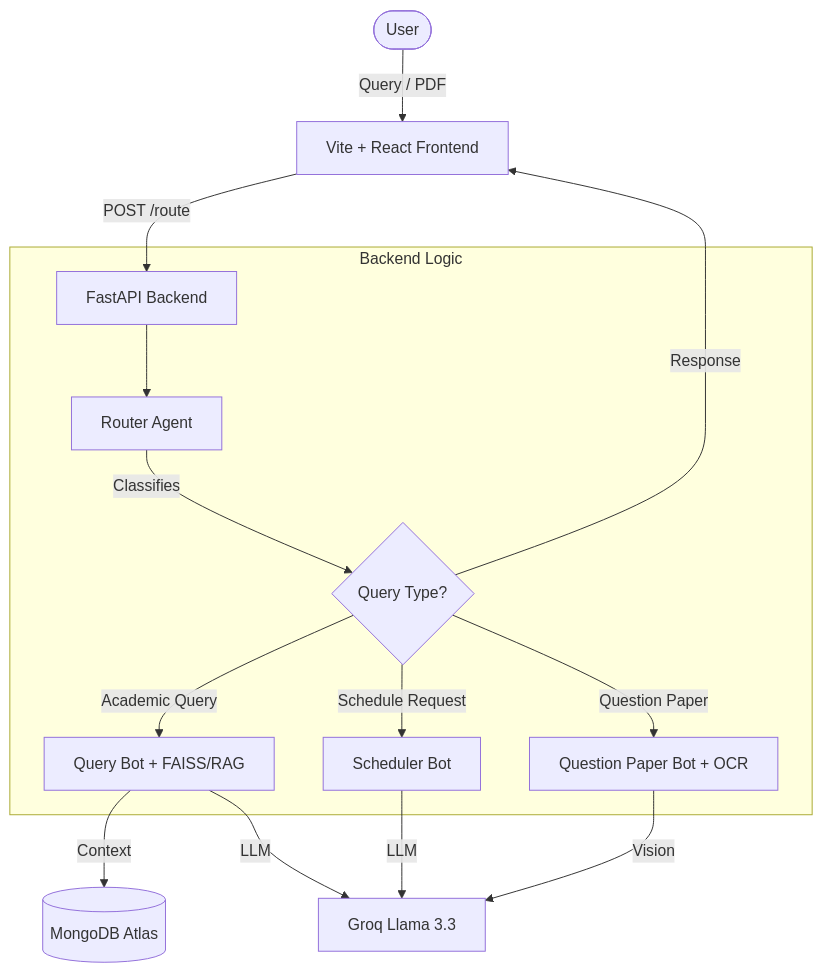
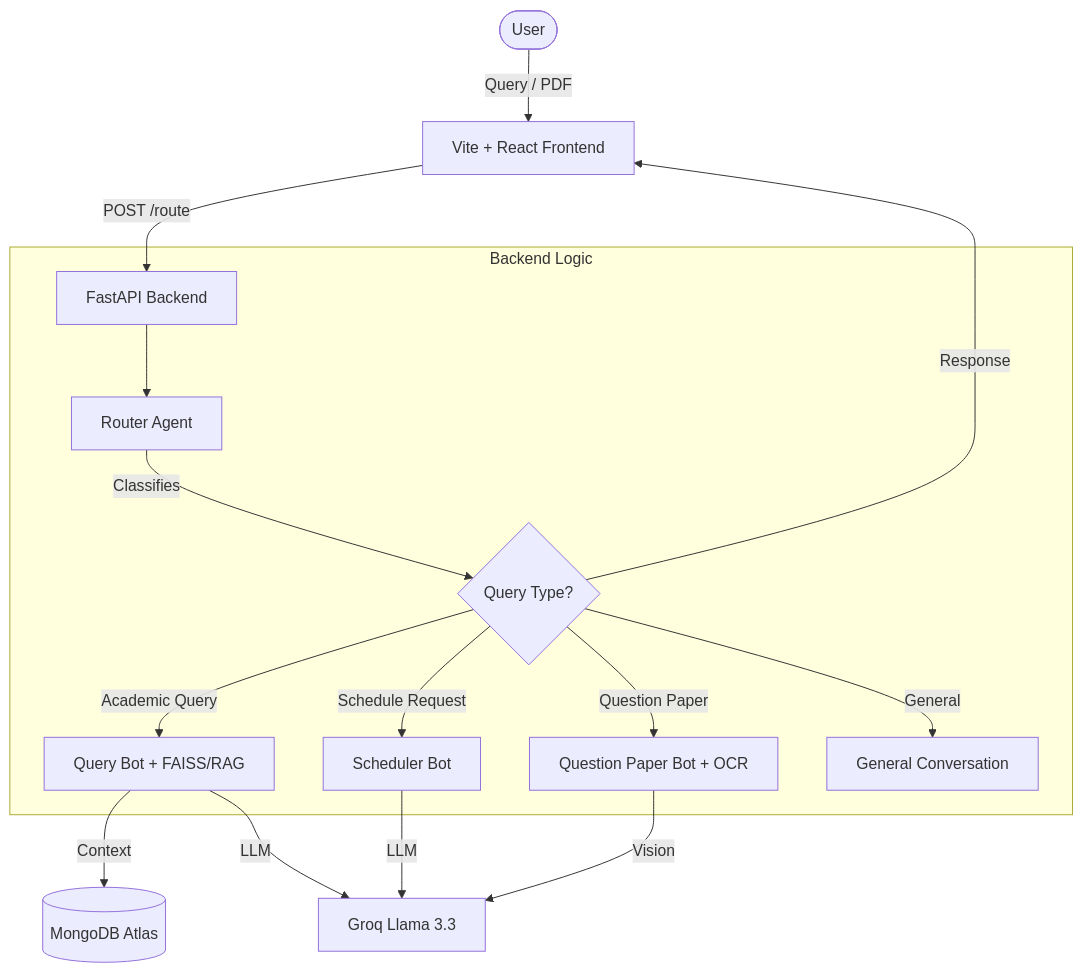
One commit to namanshetty25/iiti_tutor changed the diagram in README.md. Above: the diagram before and after it, drawn with Mermaid. The commit also changed other lines of this file and 25 other files, not shown here.

````diff
--- a/README.md
+++ b/README.md
@@ -7,21 +30,22 @@
 ```mermaid
 graph TD
     User([User]) -->|Query / PDF| Frontend[Vite + React Frontend]
     Frontend -->|POST /route| Backend[FastAPI Backend]
     
     subgraph Backend Logic
         Backend --> Router[Router Agent]
         Router -->|Classifies| BotType{Query Type?}
         
         BotType -->|Academic Query| QueryBot[Query Bot + FAISS/RAG]
         BotType -->|Schedule Request| SchedulerBot[Scheduler Bot]
         BotType -->|Question Paper| QuestionBot[Question Paper Bot + OCR]
+        BotType -->|General| GeneralBot[General Conversation]
     end
     
     QueryBot -->|Context| Mongo[(MongoDB Atlas)]
     QuestionBot -->|Vision| Groq[Groq Llama 3.3]
     SchedulerBot -->|LLM| Groq
     QueryBot -->|LLM| Groq
     
     BotType -->|Response| Frontend
 ```
````
